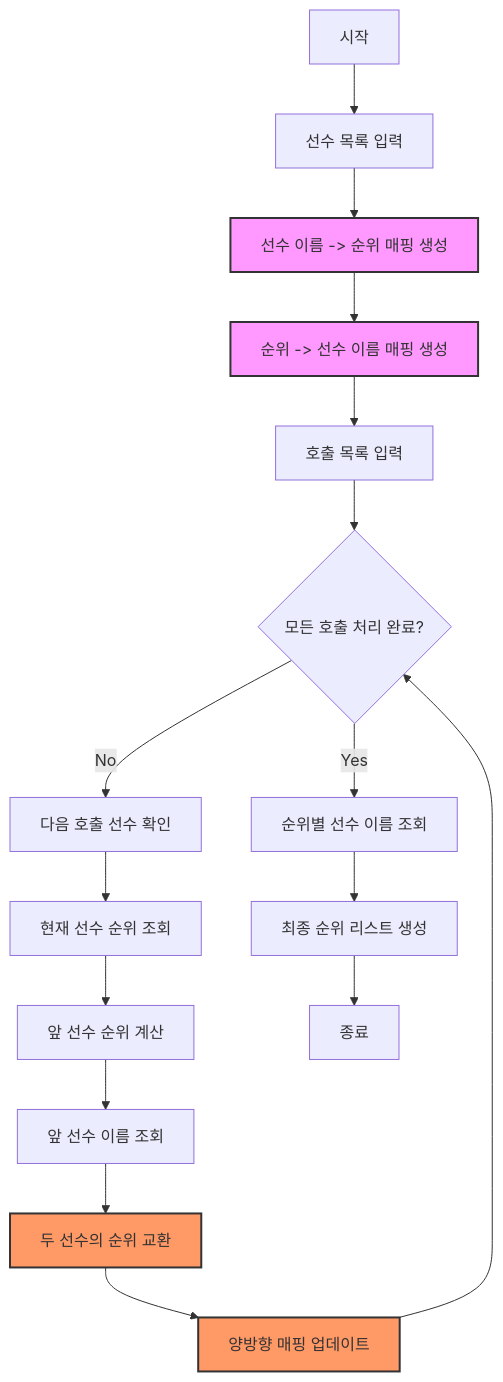
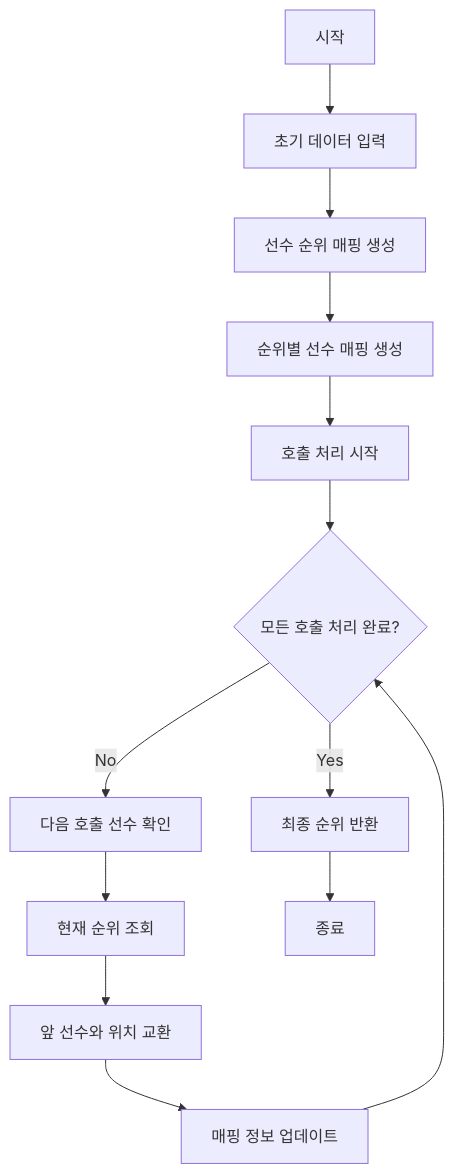
One commit to REDHAT1995/Programmers_repo changed the diagram in LV1/달리기_경주/README.md. Above: the diagram before and after it, drawn with Mermaid. The commit also changed other lines of this file and 6 other files, not shown here.

````diff
--- a/LV1/달리기_경주/README.md
+++ b/LV1/달리기_경주/README.md
@@ -7,23 +7,15 @@
 ```mermaid
 flowchart TD
-    A[시작] --> B[선수 목록 입력]
-    B --> C1[선수 이름 -> 순위 매핑 생성]
-    C1 --> C2[순위 -> 선수 이름 매핑 생성]
-    C2 --> D[호출 목록 입력]
-    D --> E{모든 호출 처리 완료?}
-    E -->|No| F[다음 호출 선수 확인]
-    F --> G[현재 선수 순위 조회]
-    G --> H[앞 선수 순위 계산]
-    H --> I[앞 선수 이름 조회]
-    I --> J[두 선수의 순위 교환]
-    J --> K[양방향 매핑 업데이트]
-    K --> E
-    E -->|Yes| L[순위별 선수 이름 조회]
-    L --> M[최종 순위 리스트 생성]
-    M --> N[종료]
-
-    style C1 fill:#f9f,stroke:#333,stroke-width:2px
-    style C2 fill:#f9f,stroke:#333,stroke-width:2px
-    style J fill:#f96,stroke:#333,stroke-width:2px
-    style K fill:#f96,stroke:#333,stroke-width:2px
+    A[시작] --> B[초기 데이터 입력]
+    B --> C[선수 순위 매핑 생성]
+    C --> D[순위별 선수 매핑 생성]
+    D --> E[호출 처리 시작]
+    E --> F{모든 호출 처리 완료?}
+    F -->|No| G[다음 호출 선수 확인]
+    G --> H[현재 순위 조회]
+    H --> I[앞 선수와 위치 교환]
+    I --> J[매핑 정보 업데이트]
+    J --> F
+    F -->|Yes| K[최종 순위 반환]
+    K --> L[종료]
 ```
````
